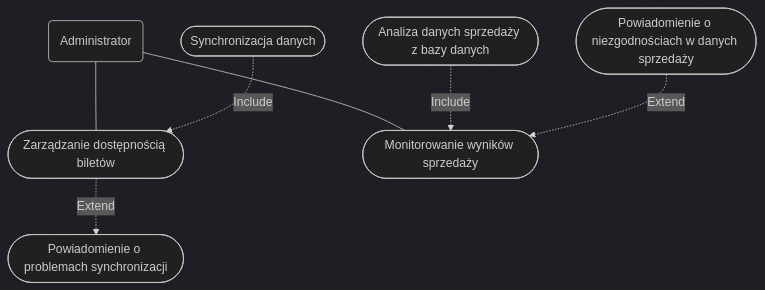
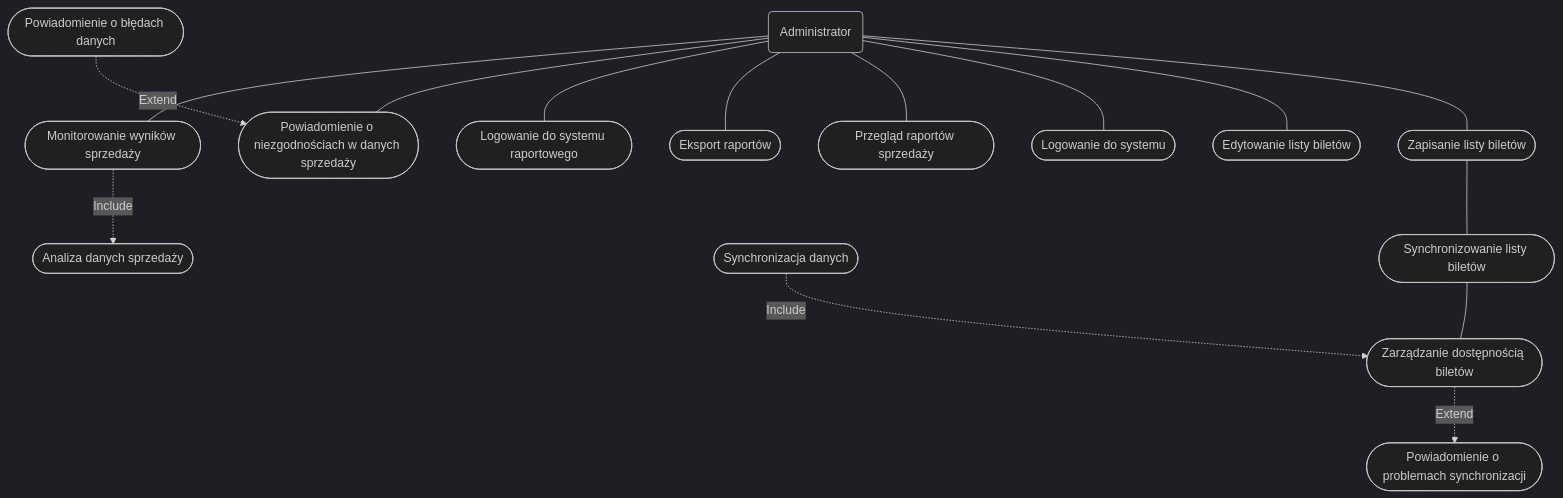
Before and after one commit to WGrot/MWO_LAB: the third of 4 diagrams in adminStory.md, drawn with Mermaid (dark theme).

````diff
--- a/adminStory.md
+++ b/adminStory.md
@@ -74,19 +74,35 @@
 ```mermaid
 flowchart TD
     A("Administrator")
+    X([Monitorowanie wyników sprzedaży])
+    Y([Analiza danych sprzedaży])
+    Z([Powiadomienie o niezgodnościach w danych sprzedaży])
+    O([Powiadomienie o błędach danych])
+    M([Logowanie do systemu raportowego])
+    N([Przegląd raportów sprzedaży])
+    P([Eksport raportów])
+
     B(["Synchronizacja danych"])
     C(["Powiadomienie o problemach synchronizacji"])
     D(["Zarządzanie dostępnością biletów"])
-    E([Monitorowanie wyników sprzedaży])
-    F([Analiza danych sprzedaży z bazy danych])
-    G([Powiadomienie o niezgodnościach w danych sprzedaży])
+    E([Logowanie do systemu])
+    F([Edytowanie listy biletów])
+    H([Zapisanie listy biletów])
+    I([Synchronizowanie listy biletów])
 
-    
-    A --- D
+    A --- X
+    A --- Z
+    A --- M
+    A --- P
+    A --- N
+    X -.-> |Include| Y
+    O -.-> |Extend| Z
 
+    A --- E
+    A --- F
+    A --- H
+    H --- I
+    I --- D
+    B -.-> |Include| D
     D -.-> |Extend| C
-    A --- E
-    F -.-> |Include| E
-    G -.-> |Extend| E
-    B -.-> |Include| D
 ```
````
